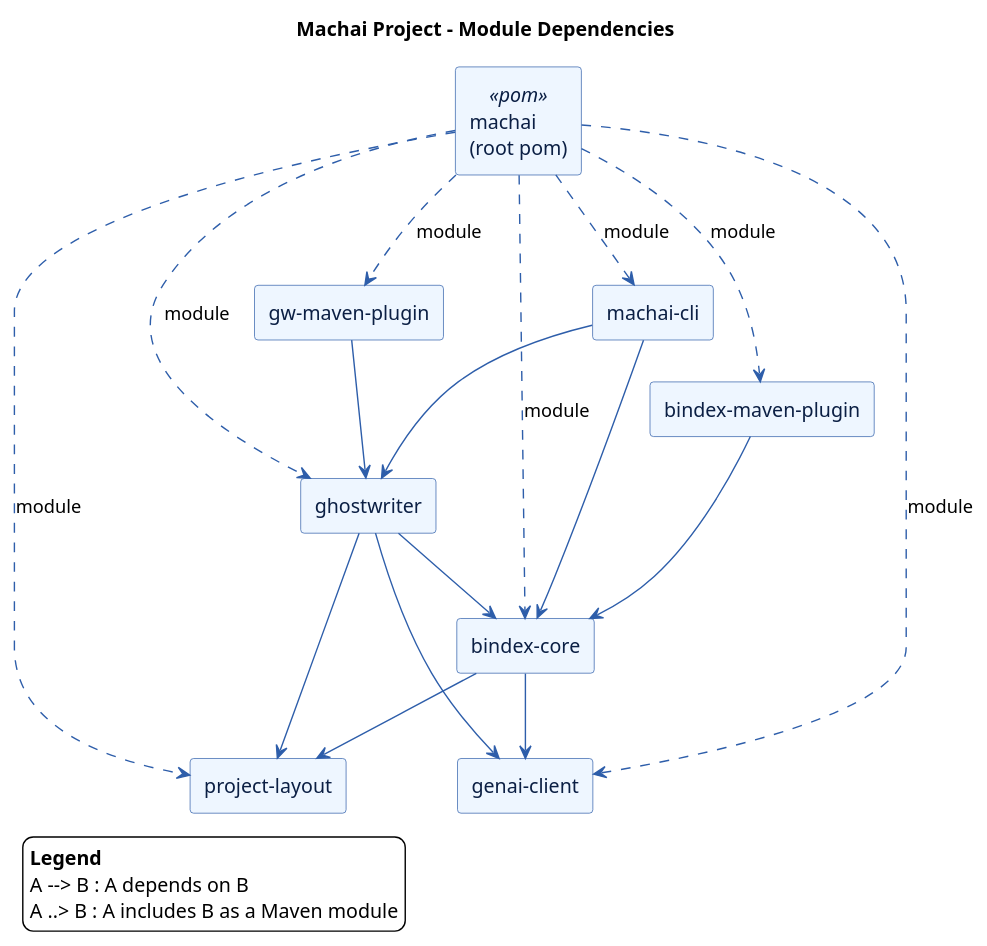
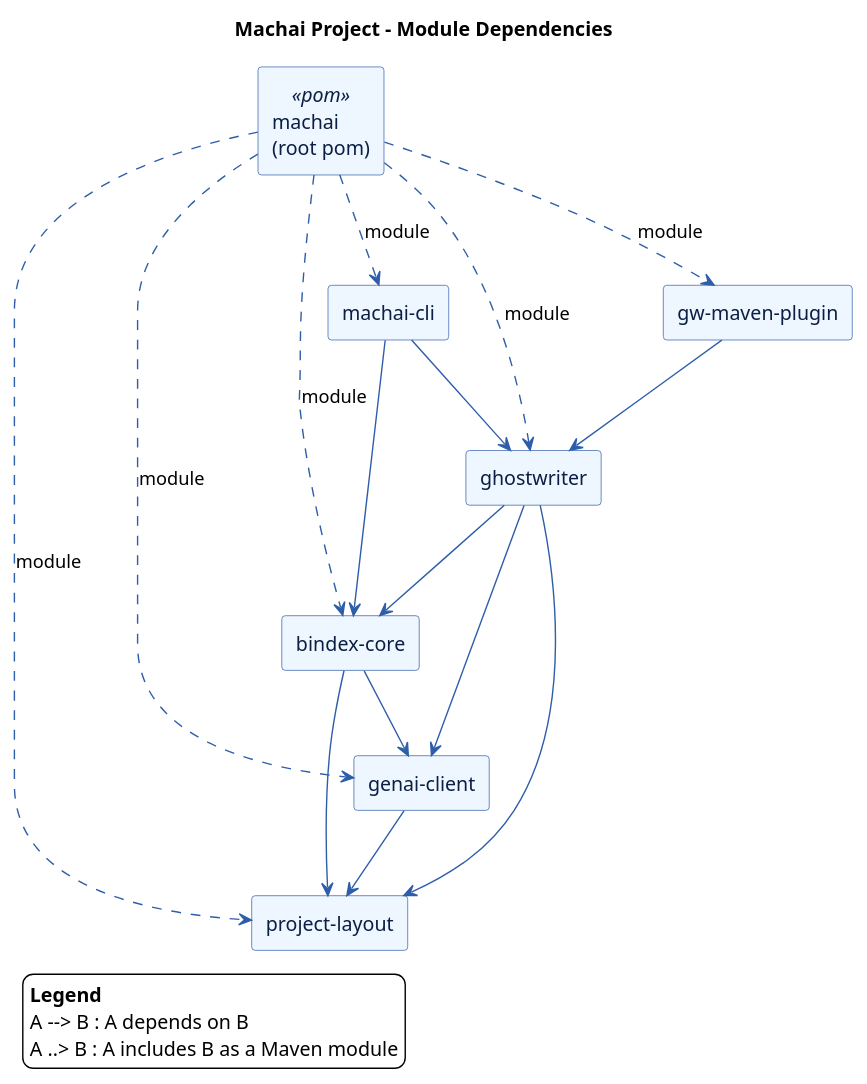
One commit to machanism-org/machai changed the diagram in src/site/puml/project-structure.puml. Above: the diagram before and after it, drawn with PlantUML. The commit also changed 43 other files, not shown here.

```diff
--- a/src/site/puml/project-structure.puml
+++ b/src/site/puml/project-structure.puml
@@ -2,61 +2,59 @@
 @startuml
 
 title Machai Project - Module Dependencies
 
 skinparam backgroundColor transparent
 skinparam shadowing false
 skinparam componentStyle rectangle
 skinparam packageStyle rectangle
 skinparam defaultTextAlignment left
 
 skinparam component {
   BackgroundColor #EEF6FF
   BorderColor #2E5EAA
   FontColor #0B1F44
 }
 
 skinparam arrow {
   Color #2E5EAA
   Thickness 1
 }
 
 legend left
   <b>Legend</b>
   A --> B : A depends on B
   A ..> B : A includes B as a Maven module
 endlegend
 
 component "machai\n(root pom)" as machai_root <<pom>>
 component "project-layout" as project_layout
 component "genai-client" as genai_client
 component "bindex-core" as bindex_core
 component "machai-cli" as machai_cli
-component "bindex-maven-plugin" as bindex_maven_plugin
 component "ghostwriter" as ghostwriter
 component "gw-maven-plugin" as gw_maven_plugin
 
 machai_root ..> project_layout : module
 machai_root ..> genai_client : module
 machai_root ..> bindex_core : module
 machai_root ..> machai_cli : module
-machai_root ..> bindex_maven_plugin : module
 machai_root ..> ghostwriter : module
 machai_root ..> gw_maven_plugin : module
 
 ' Dependencies between modules (from module pom.xml)
 
+genai_client --> project_layout
+
 bindex_core --> project_layout
 bindex_core --> genai_client
-
-machai_cli --> bindex_core
-machai_cli --> ghostwriter
-
-bindex_maven_plugin --> bindex_core
 
 ghostwriter --> project_layout
 ghostwriter --> genai_client
 ghostwriter --> bindex_core
 
+machai_cli --> bindex_core
+machai_cli --> ghostwriter
+
 gw_maven_plugin --> ghostwriter
 
 @enduml
```
